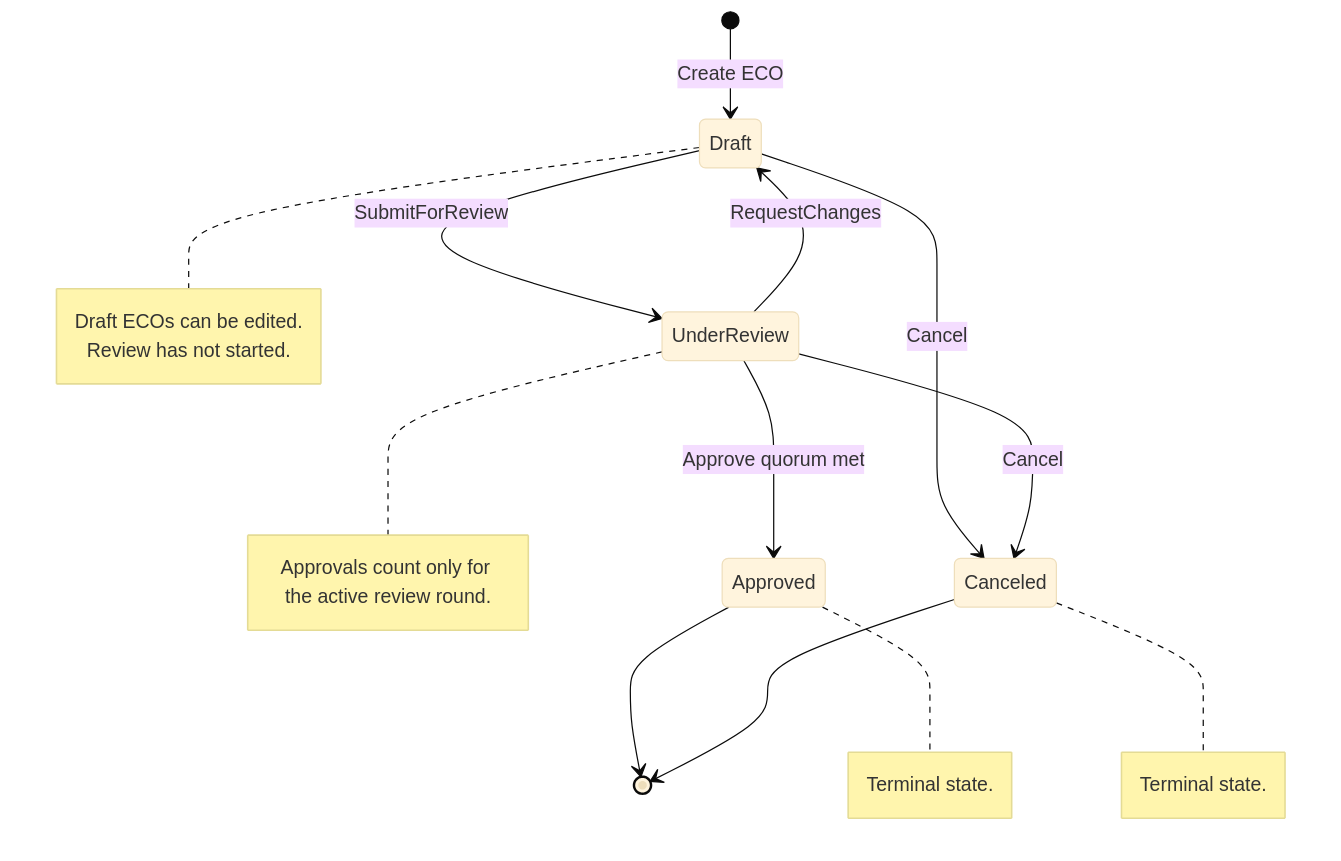
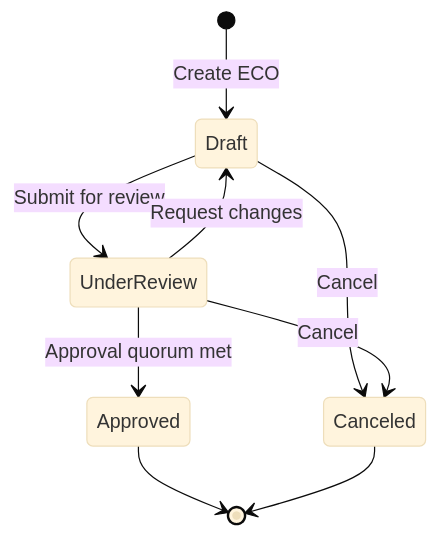
Before and after one commit to emanuellcs/engiflow: the second of 2 diagrams in README.md, drawn with Mermaid (base theme). The commit also changed other lines of this file and 42 other files, not shown here.

````diff
--- a/README.md
+++ b/README.md
@@ -101,28 +84,11 @@
 ```mermaid
 stateDiagram-v2
     [*] --> Draft: Create ECO
-    Draft --> UnderReview: SubmitForReview
+    Draft --> UnderReview: Submit for review
     Draft --> Canceled: Cancel
-    UnderReview --> Approved: Approve quorum met
-    UnderReview --> Draft: RequestChanges
+    UnderReview --> Approved: Approval quorum met
+    UnderReview --> Draft: Request changes
     UnderReview --> Canceled: Cancel
     Approved --> [*]
     Canceled --> [*]
-
-    note right of Draft
-        Draft ECOs can be edited.
-        Review has not started.
-    end note
-
-    note right of UnderReview
-        Approvals count only for the active review round.
-    end note
-
-    note right of Approved
-        Terminal state.
-    end note
-
-    note right of Canceled
-        Terminal state.
-    end note
 ```
````
